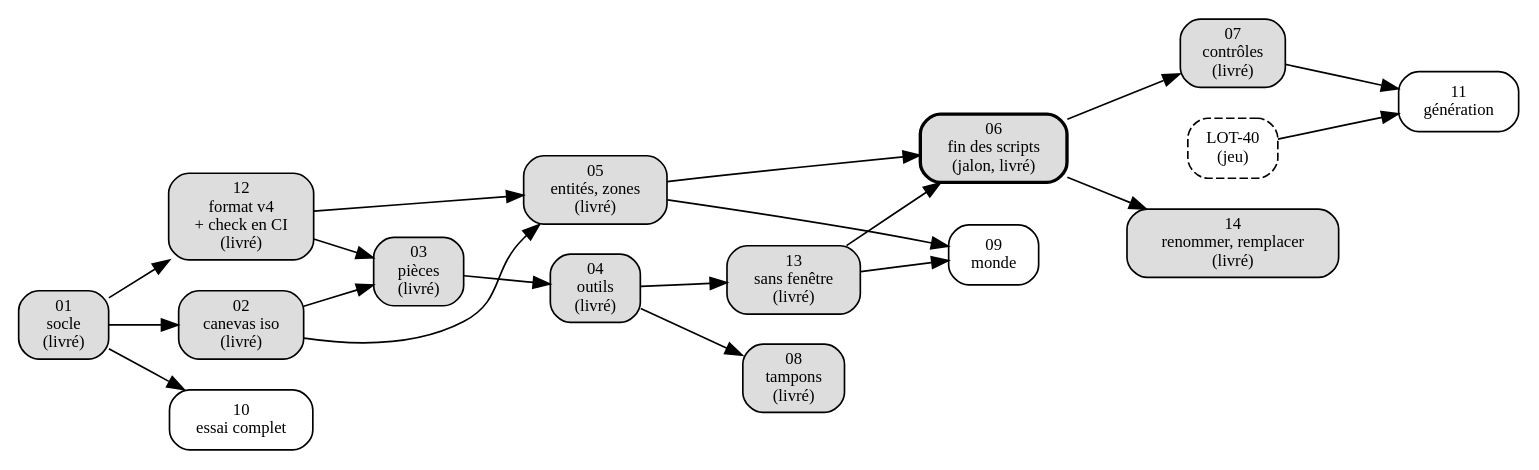
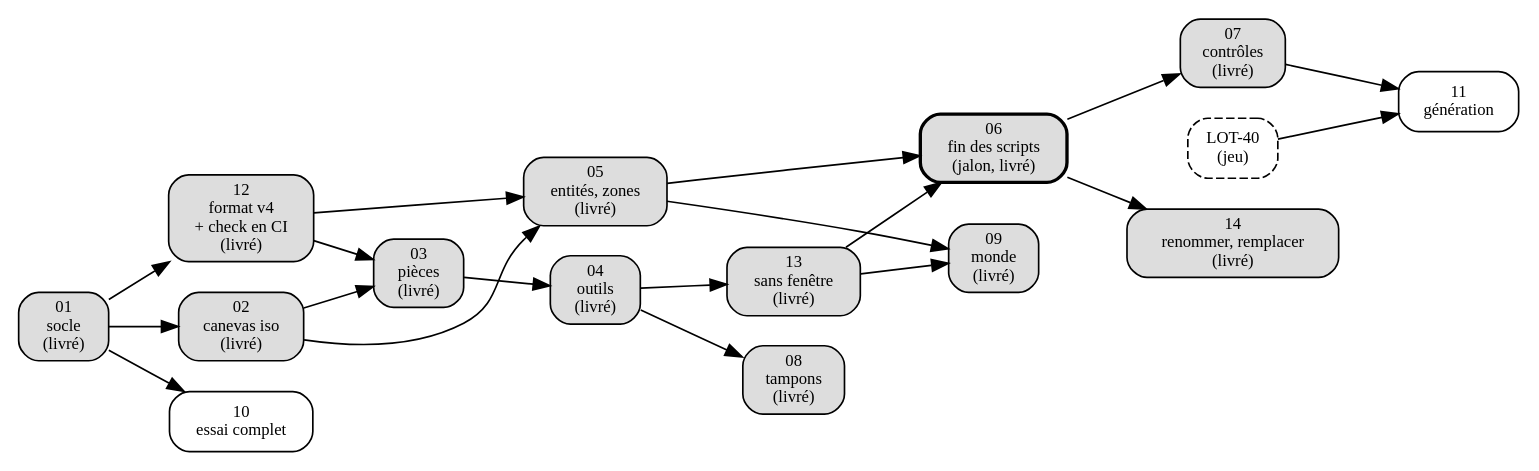
Before and after one commit to azertval/JustAnotherRpgGame: the diagram in Documentation/Editeur/feuille-de-route.md, drawn with Graphviz. The commit also changed other lines of this file and 42 other files, not shown here.

````diff
--- a/Documentation/Editeur/feuille-de-route.md
+++ b/Documentation/Editeur/feuille-de-route.md
@@ -209,29 +210,29 @@
 ```dot
 digraph editeur {
   rankdir=LR;
   node [shape=box, style=rounded, fontsize=10];
   E01 [label="01\nsocle\n(livré)", style="rounded,filled", fillcolor="#dddddd"];
   E02 [label="02\ncanevas iso\n(livré)", style="rounded,filled", fillcolor="#dddddd"];
   E12 [label="12\nformat v4\n+ check en CI\n(livré)", style="rounded,filled", fillcolor="#dddddd"];
   E03 [label="03\npièces\n(livré)", style="rounded,filled", fillcolor="#dddddd"];
   E04 [label="04\noutils\n(livré)", style="rounded,filled", fillcolor="#dddddd"];
   E05 [label="05\nentités, zones\n(livré)", style="rounded,filled", fillcolor="#dddddd"];
   E13 [label="13\nsans fenêtre\n(livré)", style="rounded,filled", fillcolor="#dddddd"];
   E06 [label="06\nfin des scripts\n(jalon, livré)", style="rounded,filled,bold", fillcolor="#dddddd"];
   E07 [label="07\ncontrôles\n(livré)", style="rounded,filled", fillcolor="#dddddd"];
   E14 [label="14\nrenommer, remplacer\n(livré)", style="rounded,filled", fillcolor="#dddddd"];
   E08 [label="08\ntampons\n(livré)", style="rounded,filled", fillcolor="#dddddd"];
-  E09 [label="09\nmonde"];
+  E09 [label="09\nmonde\n(livré)", style="rounded,filled", fillcolor="#dddddd"];
   E10 [label="10\nessai complet"];
   E11 [label="11\ngénération"];
   L40 [label="LOT-40\n(jeu)", style="rounded,dashed"];
   E01 -> E02; E01 -> E12; E01 -> E10;
   E02 -> E03; E12 -> E03;
   E02 -> E05; E12 -> E05;
   E03 -> E04; E04 -> E13; E04 -> E08;
   E13 -> E06; E05 -> E06;
   E06 -> E07; E06 -> E14;
   E05 -> E09; E13 -> E09;
   E07 -> E11; L40 -> E11;
 }
 ```
````
